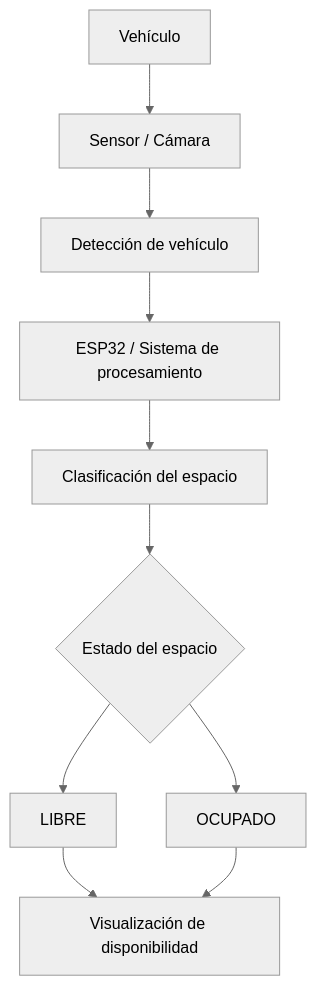
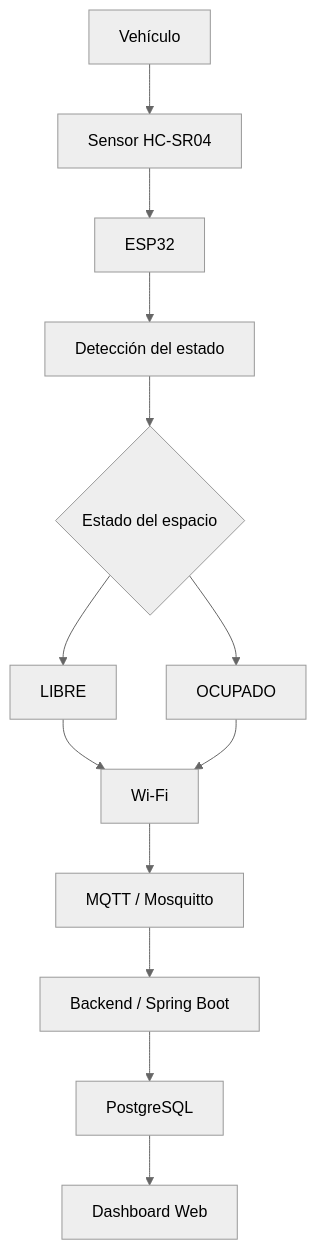
One commit to JosueSebNava/Wiki_Iot changed the diagram in README.md. Above: the diagram before and after it, drawn with Mermaid (neutral theme). The commit also changed other lines of this file, not shown here.

````diff
--- a/README.md
+++ b/README.md
@@ -41,12 +64,15 @@
 ```mermaid
 flowchart TD
-A[Vehículo] --> B[Sensor / Cámara]
-B --> C[Detección de vehículo]
-C --> D[ESP32 / Sistema de procesamiento]
-D --> E[Clasificación del espacio]
-E --> F{Estado del espacio}
-F --> G[LIBRE]
-F --> H[OCUPADO]
-G --> I[Visualización de disponibilidad]
-H --> I[Visualización de disponibilidad]
+A[Vehículo] --> B[Sensor HC-SR04]
+B --> C[ESP32]
+C --> D[Detección del estado]
+D --> E{Estado del espacio}
+E --> F[LIBRE]
+E --> G[OCUPADO]
+F --> H[Wi-Fi]
+G --> H
+H --> I[MQTT / Mosquitto]
+I --> J[Backend / Spring Boot]
+J --> K[PostgreSQL]
+K --> L[Dashboard Web]
 ```
````
